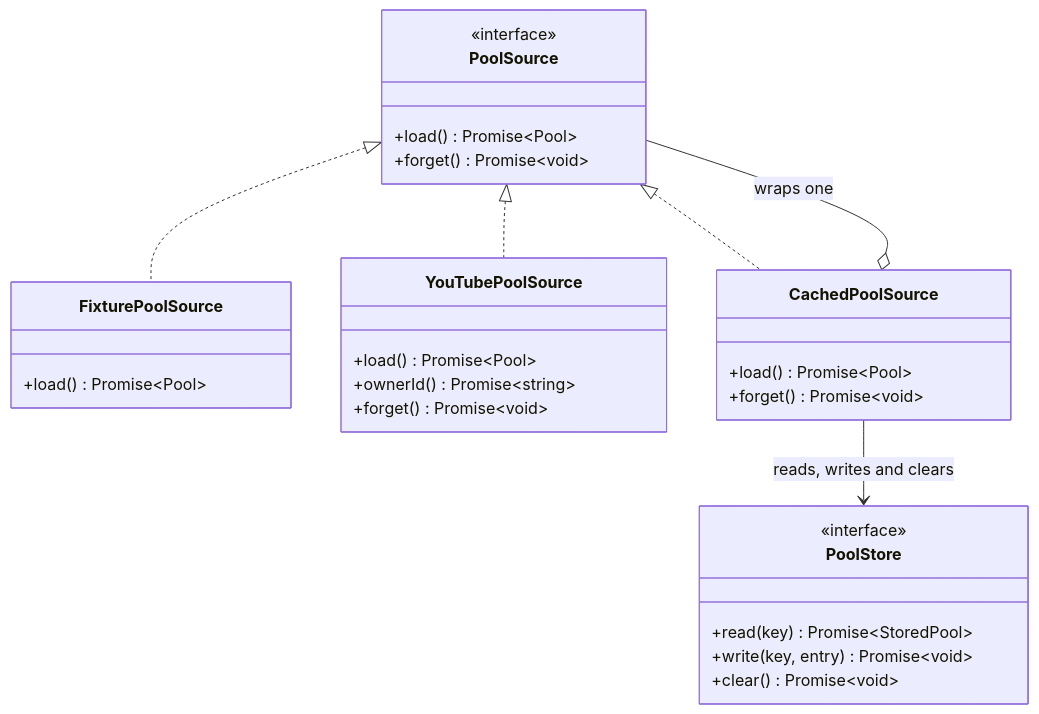
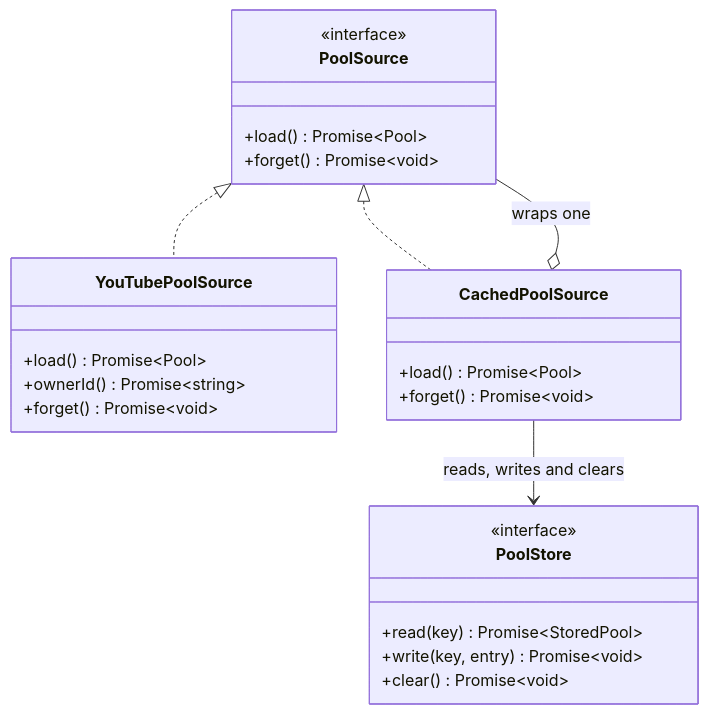
One commit to coolhandle01/telly changed the third of 5 diagrams in docs/architecture/components.md. Above: the diagram before and after it, drawn with Mermaid. The commit also changed other lines of this file and 159 other files, not shown here.

````diff
--- a/docs/architecture/components.md
+++ b/docs/architecture/components.md
@@ -234,31 +235,27 @@
 ```mermaid
 classDiagram
   class PoolSource {
     <<interface>>
     +load() Promise~Pool~
     +forget() Promise~void~
-  }
-  class FixturePoolSource {
-    +load() Promise~Pool~
   }
   class YouTubePoolSource {
     +load() Promise~Pool~
     +ownerId() Promise~string~
     +forget() Promise~void~
   }
   class CachedPoolSource {
     +load() Promise~Pool~
     +forget() Promise~void~
   }
   class PoolStore {
     <<interface>>
     +read(key) Promise~StoredPool~
     +write(key, entry) Promise~void~
     +clear() Promise~void~
   }
-  PoolSource <|.. FixturePoolSource
   PoolSource <|.. YouTubePoolSource
   PoolSource <|.. CachedPoolSource
   CachedPoolSource o-- PoolSource : wraps one
   CachedPoolSource --> PoolStore : reads, writes and clears
 ```
````
